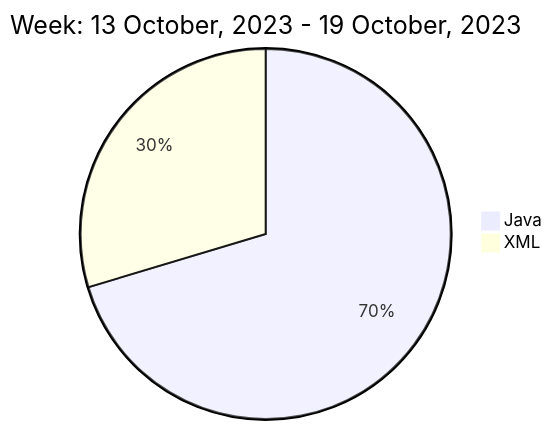
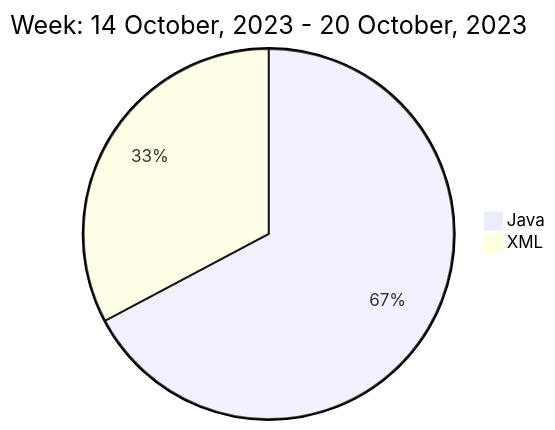
Before and after one commit to liubin95/liubin95: the diagram in README.md, drawn with Mermaid.

Commit message:
Updated the Graph with new Metrics

````diff
--- a/README.md
+++ b/README.md
@@ -40,6 +40,6 @@
 ```mermaid
  pie
-title Week: 13 October, 2023 - 19 October, 2023
- "Java" : 3.68
- "XML" : 1.55
+title Week: 14 October, 2023 - 20 October, 2023
+ "Java" : 5.03
+ "XML" : 2.45
 ```
````
